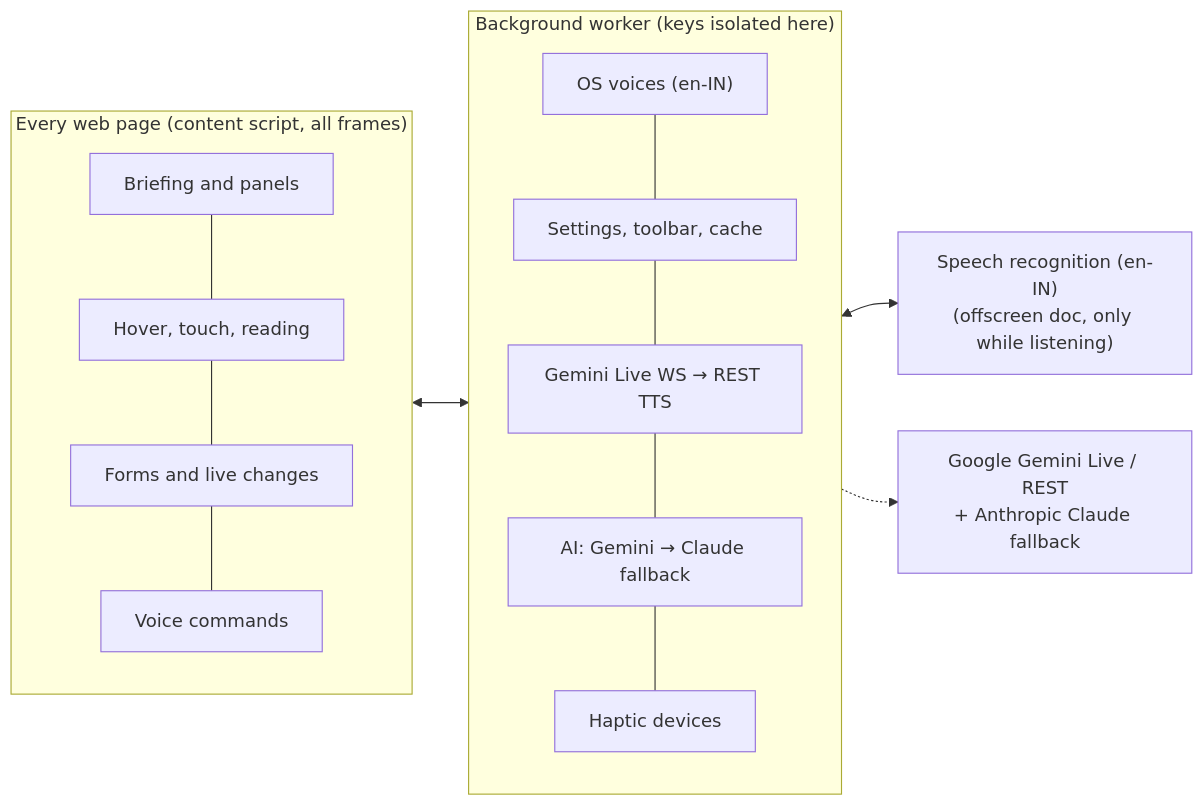
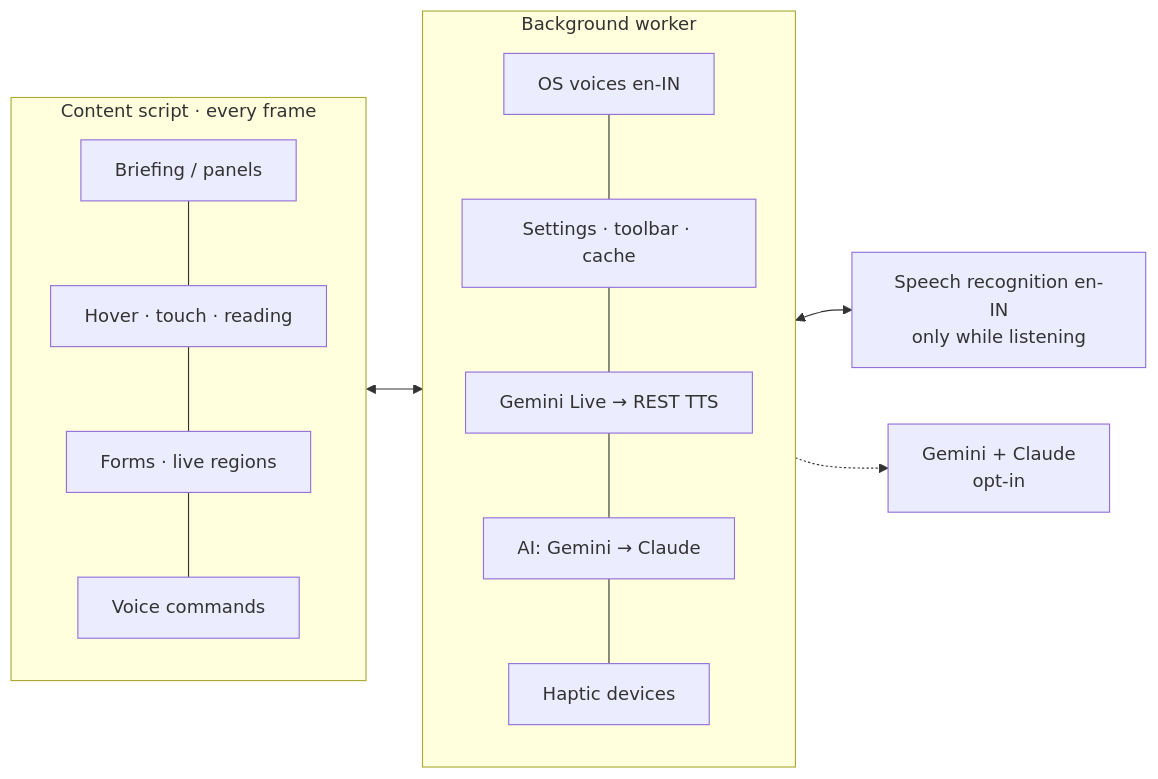
Before and after one commit to srksourabh/ibrowse: the third of 4 diagrams in README.md, drawn with Mermaid. The commit also changed other lines of this file and 1 other file, not shown here.

````diff
--- a/README.md
+++ b/README.md
@@ -208,19 +339,19 @@
 ```mermaid
 flowchart LR
-  subgraph Page["Every web page (content script, all frames)"]
-    B[Briefing and panels] --- H[Hover, touch, reading]
-    H --- F[Forms and live changes]
+  subgraph Page["Content script · every frame"]
+    B[Briefing / panels] --- H[Hover · touch · reading]
+    H --- F[Forms · live regions]
     F --- V[Voice commands]
   end
-  subgraph Worker["Background worker (keys isolated here)"]
-    T["OS voices (en-IN)"] --- S[Settings, toolbar, cache]
-    S --- L["Gemini Live WS → REST TTS"]
-    L --- A["AI: Gemini → Claude fallback"]
+  subgraph Worker["Background worker"]
+    T["OS voices en-IN"] --- S[Settings · toolbar · cache]
+    S --- L["Gemini Live → REST TTS"]
+    L --- A["AI: Gemini → Claude"]
     A --- D[Haptic devices]
   end
-  O["Speech recognition (en-IN)<br/>(offscreen doc, only while listening)"]
-  G["Google Gemini Live / REST<br/>+ Anthropic Claude fallback"]
+  O["Speech recognition en-IN<br/>only while listening"]
+  G["Gemini + Claude<br/>opt-in"]
   Page <--> Worker
   Worker <--> O
   Worker -.-> G
 ```
````
